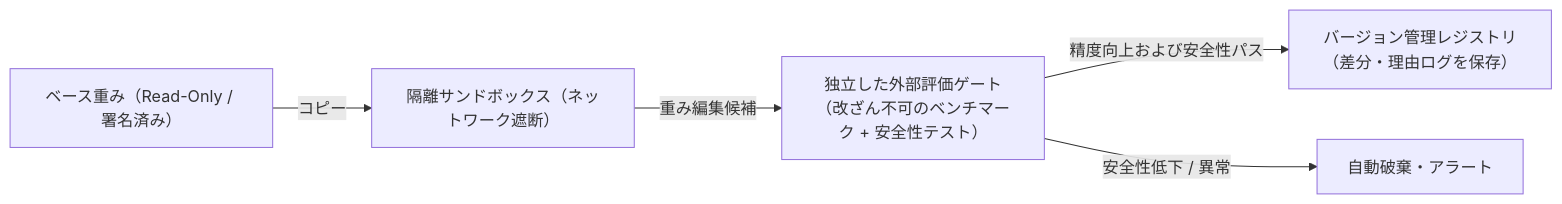
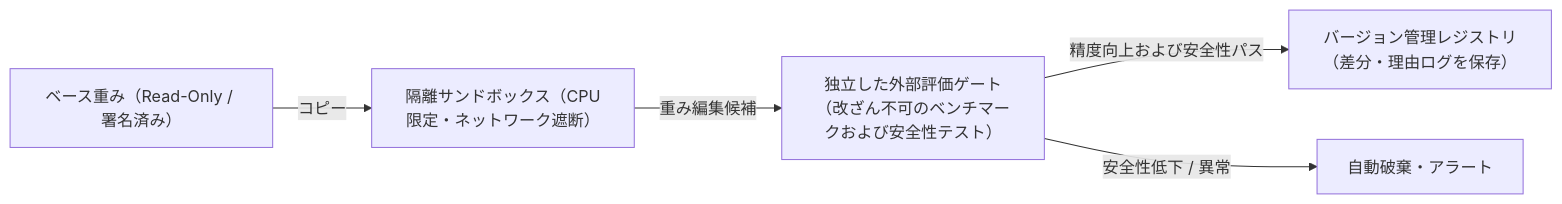
The second of 2 diagrams in articles/llm-self-rewriting-weights-arxiv-2611.md (Naruto-Takahashi/zenn-blog), drawn with Mermaid before and after one commit. The commit also changed other lines of this file, not shown here.

````diff
--- a/articles/llm-self-rewriting-weights-arxiv-2611.md
+++ b/articles/llm-self-rewriting-weights-arxiv-2611.md
@@ -145,7 +155,7 @@
 ```mermaid
 flowchart LR
-    Base["ベース重み（Read-Only / 署名済み）"] -->|コピー| Sandbox["隔離サンドボックス（ネットワーク遮断）"]
-    Sandbox -->|重み編集候補| Gate["独立した外部評価ゲート（改ざん不可のベンチマーク + 安全性テスト）"]
+    Base["ベース重み（Read-Only / 署名済み）"] -->|コピー| Sandbox["隔離サンドボックス（CPU限定・ネットワーク遮断）"]
+    Sandbox -->|重み編集候補| Gate["独立した外部評価ゲート（改ざん不可のベンチマークおよび安全性テスト）"]
     Gate -- "精度向上および安全性パス" --> Registry["バージョン管理レジストリ（差分・理由ログを保存）"]
     Gate -- "安全性低下 / 異常" --> Reject["自動破棄・アラート"]
 ```
````
